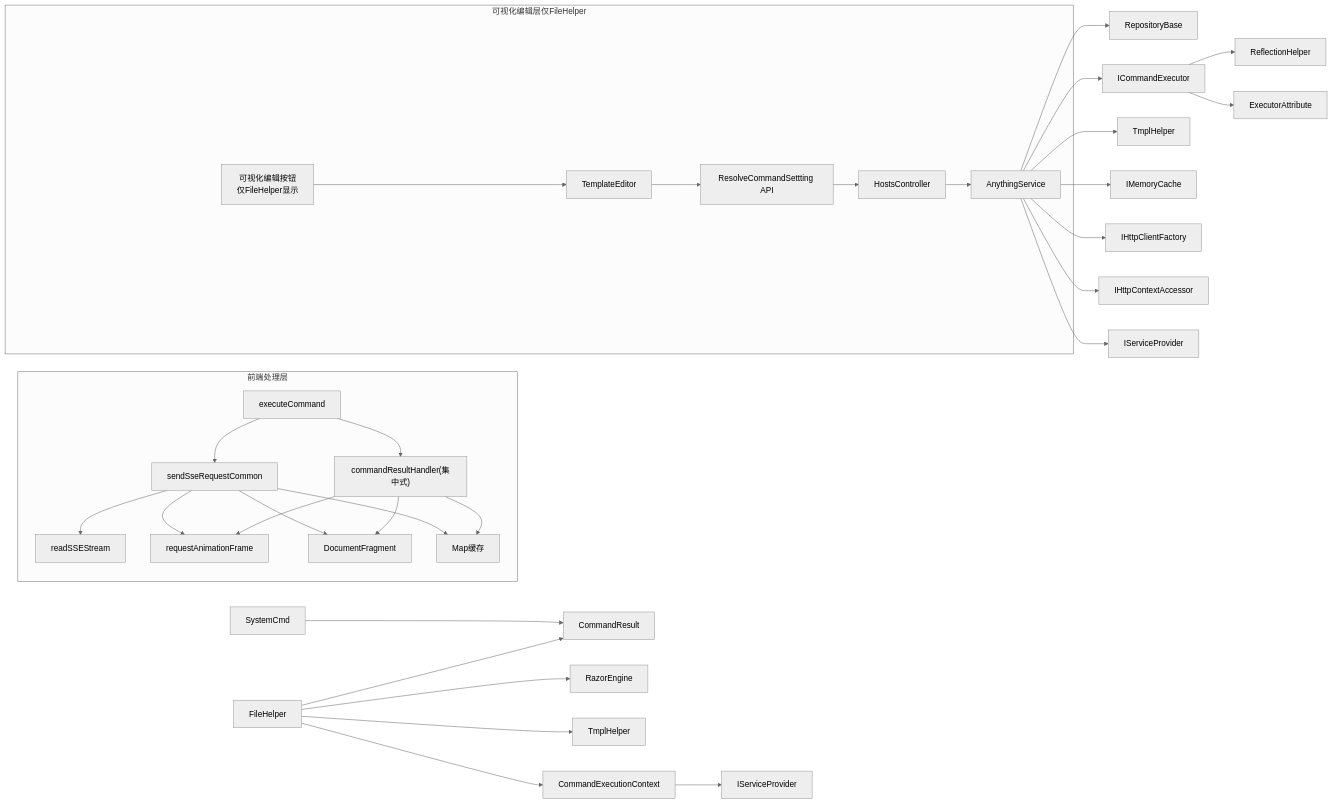
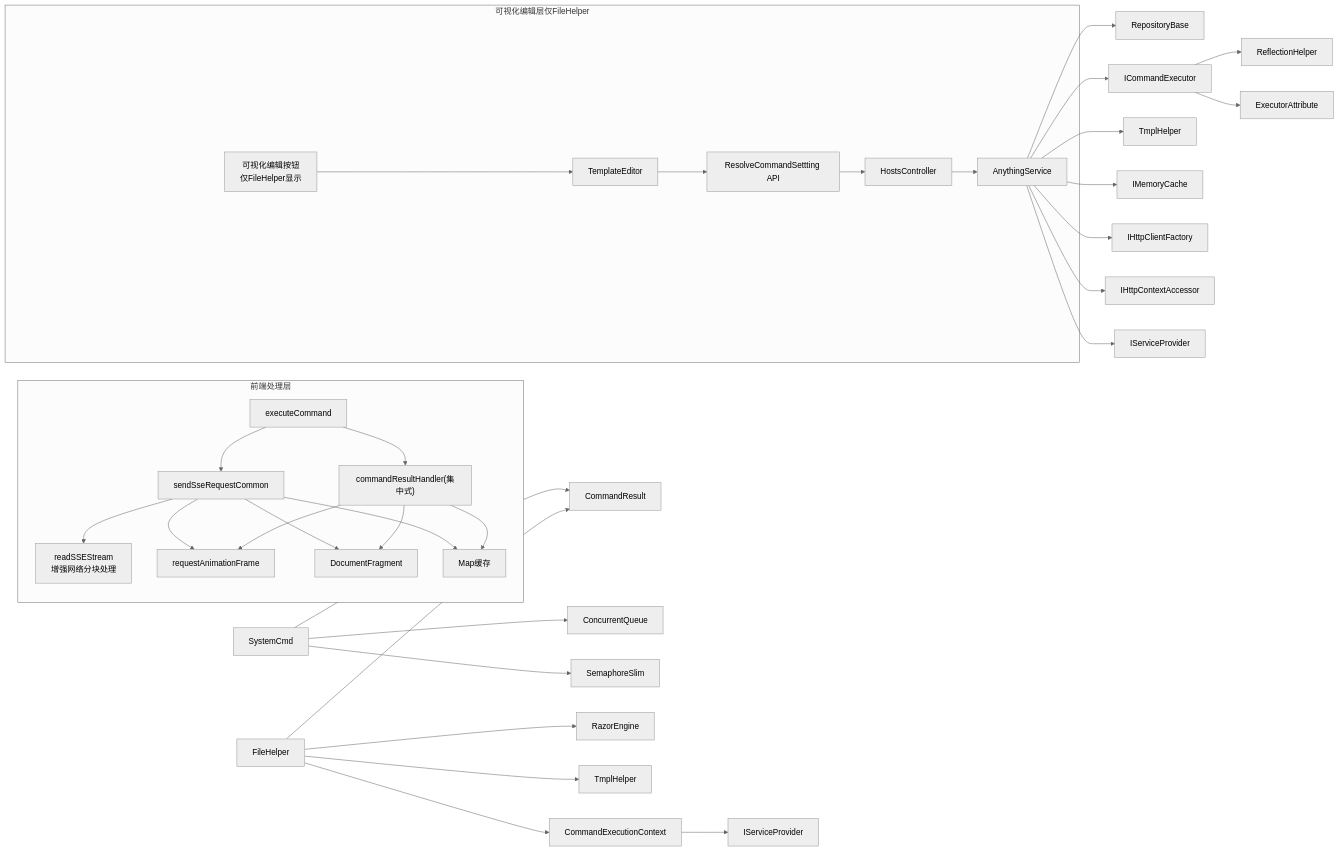
One commit to Sosososolong/AirGo changed the tenth of 10 diagrams in .qoder/repowiki/zh/content/项目概述/核心特性/远程主机管理/命令执行器系统.md. Above: the diagram before and after it, drawn with Mermaid (neutral theme). The commit also changed other lines of this file and 3 other files, not shown here.

````diff
--- a/.qoder/repowiki/zh/content/项目概述/核心特性/远程主机管理/命令执行器系统.md
+++ b/.qoder/repowiki/zh/content/项目概述/核心特性/远程主机管理/命令执行器系统.md
@@ -1039,35 +1063,37 @@
 ```mermaid
 graph LR
 AS["AnythingService"] --> Repo["RepositoryBase<T>"]
 AS --> ICE["ICommandExecutor"]
 AS --> Tmpl["TmplHelper"]
 AS --> Cache["IMemoryCache"]
 AS --> HTTP["IHttpClientFactory"]
 AS --> Ctx["IHttpContextAccessor"]
 AS --> Scope["IServiceProvider"]
 ICE --> RH["ReflectionHelper"]
 ICE --> EA["ExecutorAttribute"]
 SYS["SystemCmd"] --> CR["CommandResult"]
+SYS --> CQ["ConcurrentQueue"]
+SYS --> SS["SemaphoreSlim"]
 FH["FileHelper"] --> CR
 FH --> CEC["CommandExecutionContext"]
 FH --> RE["RazorEngine"]
 FH --> TH["TmplHelper"]
 CEC --> SP["IServiceProvider"]
 subgraph "前端处理层"
 EXECCMD["executeCommand"] --> SSERC["sendSseRequestCommon"]
-SSERC --> READSSE["readSSEStream"]
+SSERC --> READSSE["readSSEStream<br/>增强网络分块处理"]
 SSERC --> RAF["requestAnimationFrame"]
 SSERC --> DF["DocumentFragment"]
 SSERC --> CACHE["Map缓存"]
 EXECCMD --> CRH["commandResultHandler(集中式)"]
 CRH --> RAF
 CRH --> DF
 CRH --> CACHE
 end
 subgraph "可视化编辑层仅FileHelper"
 VEBTN["可视化编辑按钮<br/>仅FileHelper显示"] --> TE["TemplateEditor"]
 TE --> RESOLVE["ResolveCommandSettting API"]
 RESOLVE --> HC["HostsController"]
 HC --> AS
 end
 ```
````
